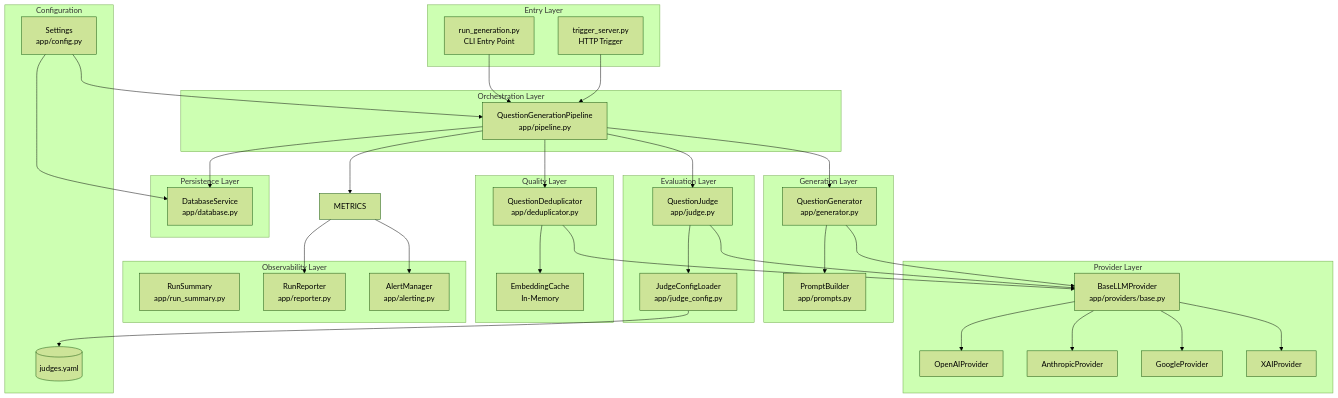
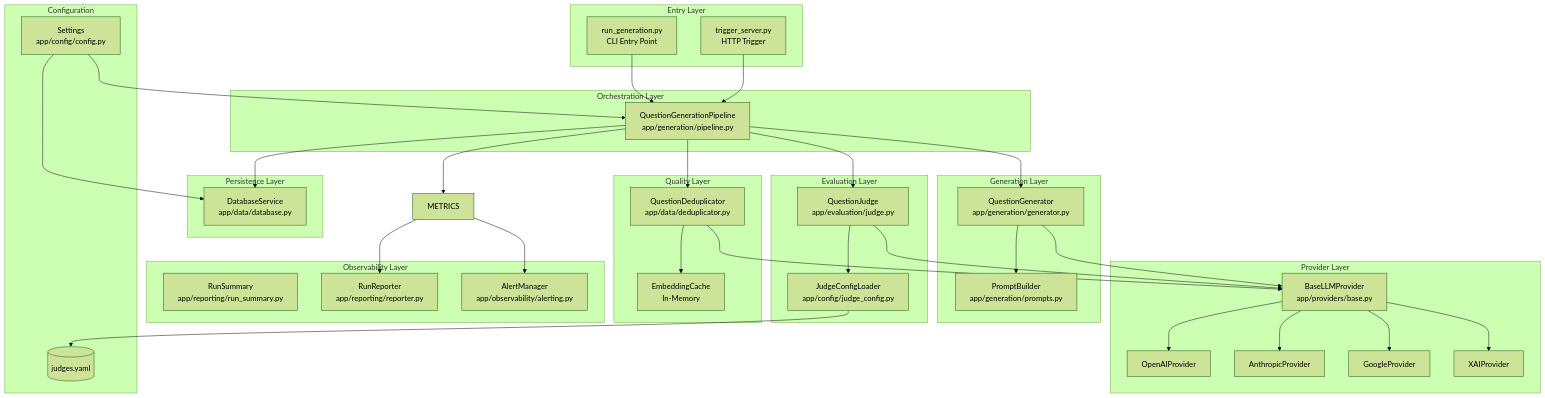
The fourth of 15 diagrams in question-service/docs/ARCHITECTURE.md (gioe/aiq), drawn with Mermaid (forest theme) before and after one commit. The commit also changed 81 other files, not shown here.

First line of the commit message:
Reorganize question-service/app/ into subdirectories mirroring test structure

````diff
--- a/question-service/docs/ARCHITECTURE.md
+++ b/question-service/docs/ARCHITECTURE.md
@@ -206,79 +206,79 @@
 ```mermaid
 flowchart TB
     subgraph Entry["Entry Layer"]
         CLI["run_generation.py<br/>CLI Entry Point"]
         TRIGGER["trigger_server.py<br/>HTTP Trigger"]
     end
 
     subgraph Orchestration["Orchestration Layer"]
-        PIPELINE["QuestionGenerationPipeline<br/>app/pipeline.py"]
+        PIPELINE["QuestionGenerationPipeline<br/>app/generation/pipeline.py"]
     end
 
     subgraph Generation["Generation Layer"]
-        GENERATOR["QuestionGenerator<br/>app/generator.py"]
-        PROMPTS["PromptBuilder<br/>app/prompts.py"]
+        GENERATOR["QuestionGenerator<br/>app/generation/generator.py"]
+        PROMPTS["PromptBuilder<br/>app/generation/prompts.py"]
     end
 
     subgraph Evaluation["Evaluation Layer"]
-        JUDGE["QuestionJudge<br/>app/judge.py"]
-        JUDGE_CFG["JudgeConfigLoader<br/>app/judge_config.py"]
+        JUDGE["QuestionJudge<br/>app/evaluation/judge.py"]
+        JUDGE_CFG["JudgeConfigLoader<br/>app/config/judge_config.py"]
     end
 
     subgraph Quality["Quality Layer"]
-        DEDUP["QuestionDeduplicator<br/>app/deduplicator.py"]
+        DEDUP["QuestionDeduplicator<br/>app/data/deduplicator.py"]
         CACHE["EmbeddingCache<br/>In-Memory"]
     end
 
     subgraph Persistence["Persistence Layer"]
-        DATABASE["DatabaseService<br/>app/database.py"]
+        DATABASE["DatabaseService<br/>app/data/database.py"]
     end
 
     subgraph Observability["Observability Layer"]
-        SUMMARY["RunSummary<br/>app/run_summary.py"]
-        REPORTER["RunReporter<br/>app/reporter.py"]
-        ALERTING["AlertManager<br/>app/alerting.py"]
+        SUMMARY["RunSummary<br/>app/reporting/run_summary.py"]
+        REPORTER["RunReporter<br/>app/reporting/reporter.py"]
+        ALERTING["AlertManager<br/>app/observability/alerting.py"]
     end
 
     subgraph Providers["Provider Layer"]
         BASE["BaseLLMProvider<br/>app/providers/base.py"]
         OPENAI["OpenAIProvider"]
         ANTHROPIC["AnthropicProvider"]
         GOOGLE["GoogleProvider"]
         XAI["XAIProvider"]
     end
 
     subgraph Config["Configuration"]
-        SETTINGS["Settings<br/>app/config.py"]
+        SETTINGS["Settings<br/>app/config/config.py"]
         YAML[("judges.yaml")]
     end
 
     CLI --> PIPELINE
     TRIGGER --> PIPELINE
 
     PIPELINE --> GENERATOR
     PIPELINE --> JUDGE
     PIPELINE --> DEDUP
     PIPELINE --> DATABASE
     PIPELINE --> METRICS
 
     GENERATOR --> PROMPTS
     GENERATOR --> BASE
 
     JUDGE --> JUDGE_CFG
     JUDGE --> BASE
     JUDGE_CFG --> YAML
 
     DEDUP --> CACHE
     DEDUP --> BASE
 
     METRICS --> REPORTER
     METRICS --> ALERTING
 
     BASE --> OPENAI
     BASE --> ANTHROPIC
     BASE --> GOOGLE
     BASE --> XAI
 
     SETTINGS --> PIPELINE
     SETTINGS --> DATABASE
 ```
````
